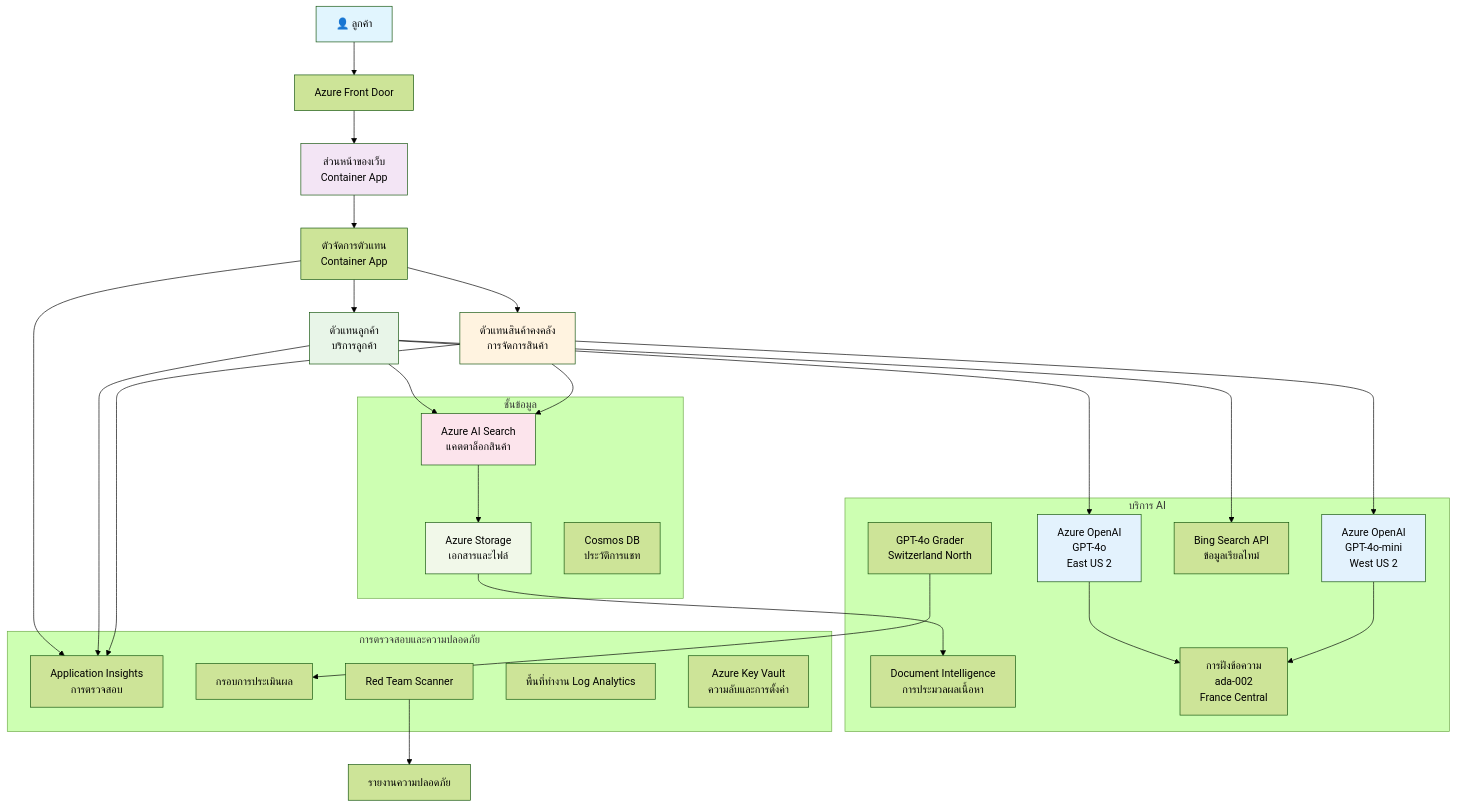
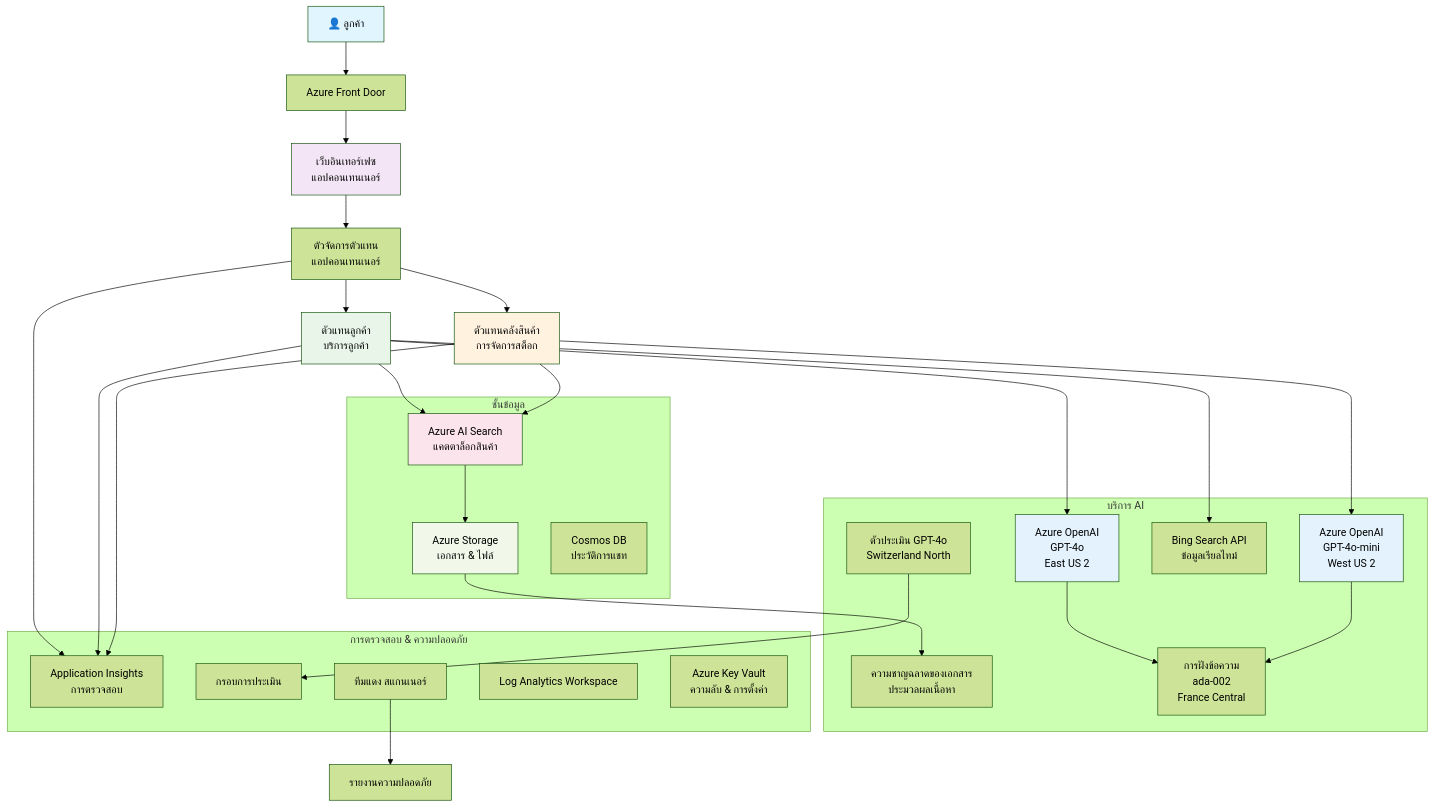
Before and after one commit to microsoft/AZD-for-beginners: the diagram in translations/th/examples/retail-scenario.md, drawn with Mermaid (forest theme). The commit also changed other lines of this file and 242 other files, not shown here.

````diff
--- a/translations/th/examples/retail-scenario.md
+++ b/translations/th/examples/retail-scenario.md
@@ -148,61 +139,61 @@
 ```mermaid
 graph TB
     User[👤 ลูกค้า] --> LB[Azure Front Door]
-    LB --> WebApp[ส่วนหน้าของเว็บ<br/>Container App]
+    LB --> WebApp[เว็บอินเทอร์เฟซ<br/>แอปคอนเทนเนอร์]
     
-    WebApp --> Router[ตัวจัดการตัวแทน<br/>Container App]
+    WebApp --> Router[ตัวจัดการตัวแทน<br/>แอปคอนเทนเนอร์]
     Router --> CustomerAgent[ตัวแทนลูกค้า<br/>บริการลูกค้า]
-    Router --> InvAgent[ตัวแทนสินค้าคงคลัง<br/>การจัดการสินค้า]
+    Router --> InvAgent[ตัวแทนคลังสินค้า<br/>การจัดการสต็อก]
     
     CustomerAgent --> OpenAI1[Azure OpenAI<br/>GPT-4o<br/>East US 2]
     InvAgent --> OpenAI2[Azure OpenAI<br/>GPT-4o-mini<br/>West US 2]
     
     CustomerAgent --> AISearch[Azure AI Search<br/>แคตตาล็อกสินค้า]
     CustomerAgent --> BingSearch[Bing Search API<br/>ข้อมูลเรียลไทม์]
     InvAgent --> AISearch
     
-    AISearch --> Storage[Azure Storage<br/>เอกสารและไฟล์]
-    Storage --> DocIntel[Document Intelligence<br/>การประมวลผลเนื้อหา]
+    AISearch --> Storage[Azure Storage<br/>เอกสาร & ไฟล์]
+    Storage --> DocIntel[ความชาญฉลาดของเอกสาร<br/>ประมวลผลเนื้อหา]
     
     OpenAI1 --> Embeddings[การฝังข้อความ<br/>ada-002<br/>France Central]
     OpenAI2 --> Embeddings
     
     Router --> AppInsights[Application Insights<br/>การตรวจสอบ]
     CustomerAgent --> AppInsights
     InvAgent --> AppInsights
     
-    GraderModel[GPT-4o Grader<br/>Switzerland North] --> Evaluation[กรอบการประเมินผล]
-    RedTeam[Red Team Scanner] --> SecurityReports[รายงานความปลอดภัย]
+    GraderModel[ตัวประเมิน GPT-4o<br/>Switzerland North] --> Evaluation[กรอบการประเมิน]
+    RedTeam[ทีมแดง สแกนเนอร์] --> SecurityReports[รายงานความปลอดภัย]
     
     subgraph "ชั้นข้อมูล"
         Storage
         AISearch
         CosmosDB[Cosmos DB<br/>ประวัติการแชท]
     end
     
     subgraph "บริการ AI"
         OpenAI1
         OpenAI2
         Embeddings
         GraderModel
         DocIntel
         BingSearch
     end
     
-    subgraph "การตรวจสอบและความปลอดภัย"
+    subgraph "การตรวจสอบ & ความปลอดภัย"
         AppInsights
-        LogAnalytics[พื้นที่ทำงาน Log Analytics]
-        KeyVault[Azure Key Vault<br/>ความลับและการตั้งค่า]
+        LogAnalytics[Log Analytics Workspace]
+        KeyVault[Azure Key Vault<br/>ความลับ & การตั้งค่า]
         RedTeam
         Evaluation
     end
     
     style User fill:#e1f5fe
     style WebApp fill:#f3e5f5
     style CustomerAgent fill:#e8f5e8
     style InvAgent fill:#fff3e0
     style OpenAI1 fill:#e3f2fd
     style OpenAI2 fill:#e3f2fd
     style AISearch fill:#fce4ec
     style Storage fill:#f1f8e9
-```
+```  
````
